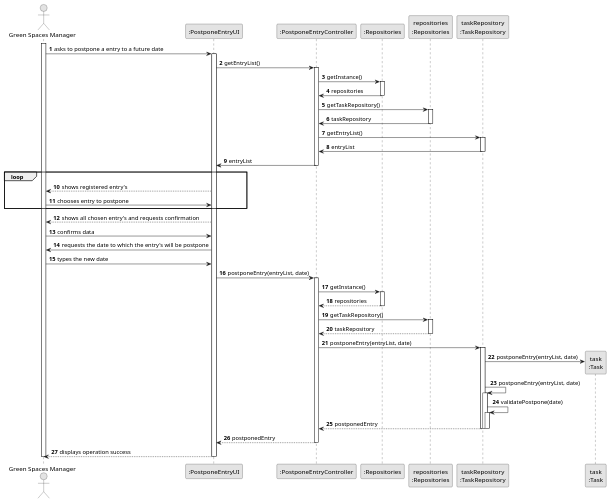
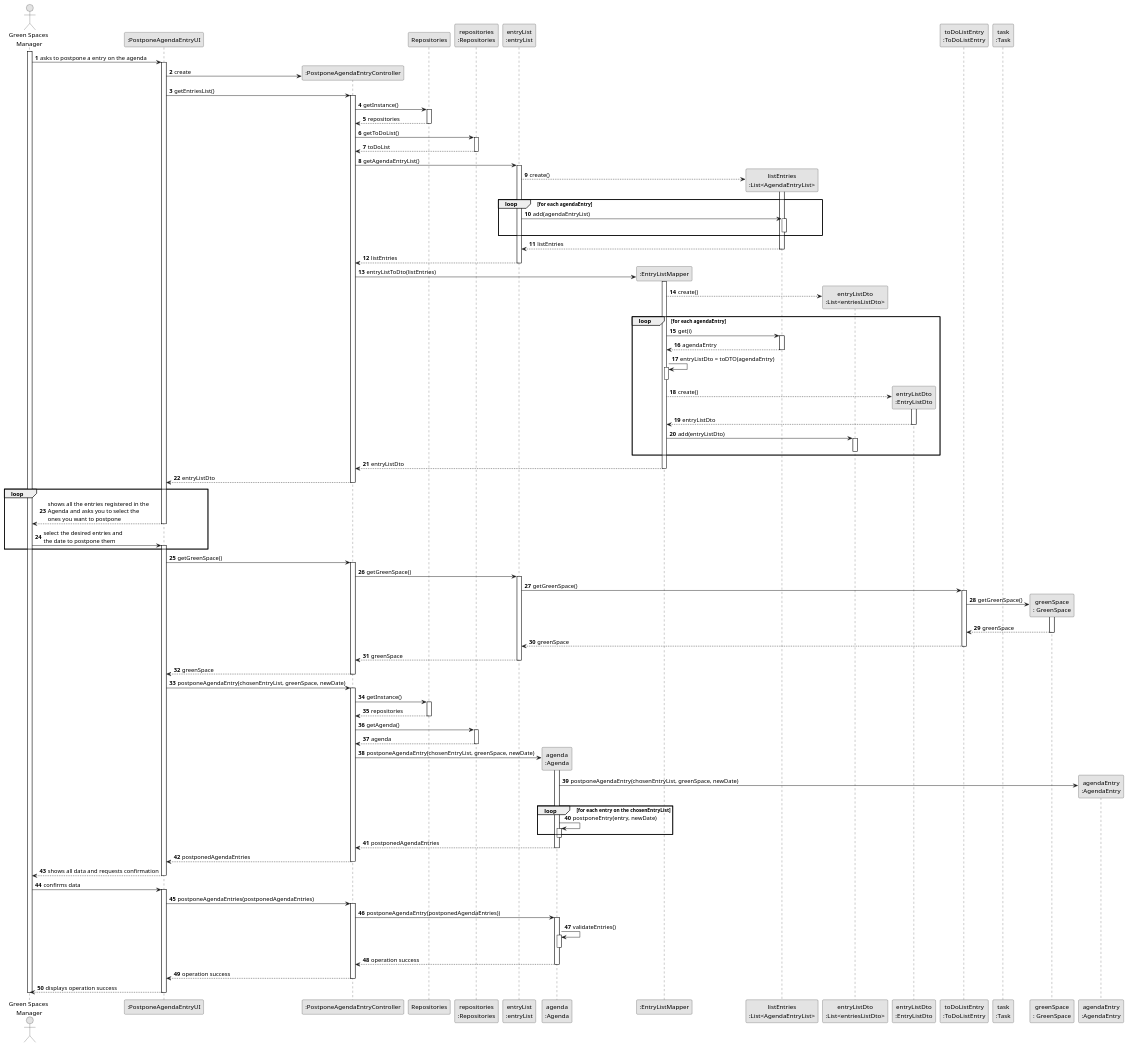
One commit to diogoveirospro/lei-24-s2-1dg-g072 changed the diagram in docs/sprintC/us024/03.design/puml/us024-sequence-diagram-full.puml. Above: the diagram before and after it, drawn with PlantUML.

Commit message:
Design of US24

```diff
--- a/docs/sprintC/us024/03.design/puml/us024-sequence-diagram-full.puml
+++ b/docs/sprintC/us024/03.design/puml/us024-sequence-diagram-full.puml
@@ -1,96 +1,191 @@
 @startuml
 skinparam monochrome true
 skinparam packageStyle rectangle
 skinparam shadowing false
 
 autonumber
 
 'hide footbox
-actor "Green Spaces Manager" as ADM
-participant ":PostponeEntryUI" as UI
-participant ":PostponeEntryController" as CTRL
-participant ":Repositories" as RepositorySingleton
-participant "repositories\n:Repositories" as PLAT
-participant "taskRepository\n:TaskRepository" as taskRepository
+actor "Green Spaces\n Manager" as GSM
+participant ":PostponeAgendaEntryUI" as UI
+participant ":PostponeAgendaEntryController" as CTRL
+participant Repositories
+participant "repositories\n:Repositories" as REP
+participant "entryList\n:entryList" as ENTRYLIST
+participant "agenda\n:Agenda" as AGENDA
+participant ":EntryListMapper" as ENTRYLISTMAPPER
+participant "listEntries\n:List<AgendaEntryList>" as LISTENTRIES
+participant "entryListDto\n:List<entriesListDto>" as TODOLISTDTO
+participant "entryListDto\n:EntryListDto" as ENTRYLISTDTO
+participant "toDoListEntry\n:ToDoListEntry" as TODOLISTENTRY
 participant "task\n:Task" as TASK
+participant "greenSpace\n: GreenSpace" as GREENSPACE
+participant "agendaEntry\n:AgendaEntry" as AGENDAENTRY
 
-activate ADM
+activate GSM
 
-        ADM -> UI : asks to postpone a entry to a future date
+    GSM -> UI : asks to postpone a entry on the agenda
+    activate UI
 
-        activate UI
+        UI -> CTRL** : create
 
-        UI -> CTRL : getEntryList()
-              activate CTRL
+        UI -> CTRL : getEntriesList()
+        activate CTRL
 
-              CTRL -> RepositorySingleton : getInstance()
-              activate RepositorySingleton
+           CTRL -> Repositories: getInstance()
+           activate Repositories
 
-              RepositorySingleton -> CTRL : repositories
-              deactivate RepositorySingleton
-              CTRL -> PLAT : getTaskRepository()
-              activate PLAT
+                Repositories --> CTRL: repositories
+           deactivate Repositories
 
-              PLAT -> CTRL : taskRepository
-              deactivate PLAT
+           CTRL -> REP: getToDoList()
+           activate REP
 
-              CTRL -> taskRepository : getEntryList()
-              activate taskRepository
+                REP --> CTRL: toDoList
+           deactivate REP
 
-              taskRepository -> CTRL : entryList
-              deactivate taskRepository
+            CTRL -> ENTRYLIST : getAgendaEntryList()
+            activate ENTRYLIST
 
-              CTRL -> UI : entryList
-              deactivate CTRL
-            loop
-                UI --> ADM : shows registered entry's
+                    ENTRYLIST --> LISTENTRIES** : create()
+                    activate LISTENTRIES
 
-                ADM -> UI : chooses entry to postpone
-            end
-            UI --> ADM : shows all chosen entry's and requests confirmation
+                        loop for each agendaEntry
+                            ENTRYLIST -> LISTENTRIES : add(agendaEntryList)
+                            activate LISTENTRIES
+                            deactivate LISTENTRIES
+                        end
 
-            ADM -> UI : confirms data
+                        LISTENTRIES --> ENTRYLIST : listEntries
+                    deactivate LISTENTRIES
 
-            UI -> ADM : requests the date to which the entry's will be postpone
 
-            ADM -> UI : types the new date
+                ENTRYLIST --> CTRL : listEntries
+            deactivate ENTRYLIST
 
-            UI -> CTRL : postponeEntry(entryList, date)
-            activate CTRL
+            CTRL -> ENTRYLISTMAPPER** : entryListToDto(listEntries)
+            activate ENTRYLISTMAPPER
 
-                CTRL -> RepositorySingleton : getInstance()
-                activate RepositorySingleton
+                ENTRYLISTMAPPER --> TODOLISTDTO** : create()
 
-                    RepositorySingleton --> CTRL: repositories
-                deactivate RepositorySingleton
+                loop for each agendaEntry
+                    ENTRYLISTMAPPER -> LISTENTRIES : get(i)
+                    activate LISTENTRIES
 
-                CTRL -> PLAT : getTaskRepository()
-                activate PLAT
+                    LISTENTRIES --> ENTRYLISTMAPPER : agendaEntry
+                    deactivate LISTENTRIES
 
-                    PLAT --> CTRL: taskRepository
-                deactivate PLAT
+                    ENTRYLISTMAPPER -> ENTRYLISTMAPPER : entryListDto = toDTO(agendaEntry)
+                    activate ENTRYLISTMAPPER
+                    deactivate ENTRYLISTMAPPER
 
-                CTRL -> taskRepository : postponeEntry(entryList, date)
-                activate taskRepository
+                    ENTRYLISTMAPPER --> ENTRYLISTDTO** : create()
+                    activate ENTRYLISTDTO
 
-                taskRepository -> TASK**: postponeEntry(entryList, date)
-                taskRepository -> taskRepository: postponeEntry(entryList, date)
+                    ENTRYLISTDTO --> ENTRYLISTMAPPER : entryListDto
+                    deactivate ENTRYLISTDTO
 
-                 activate taskRepository
-                     taskRepository -> taskRepository: validatePostpone(date)
-                     activate taskRepository
-                                taskRepository --> CTRL : postponedEntry
-                     deactivate taskRepository
+                    ENTRYLISTMAPPER -> TODOLISTDTO : add(entryListDto)
+                    activate TODOLISTDTO
+                    deactivate TODOLISTDTO
 
-                 deactivate taskRepository
+                end
 
-                            deactivate taskRepository
+                ENTRYLISTMAPPER --> CTRL : entryListDto
+            deactivate ENTRYLISTMAPPER
 
-            CTRL --> UI: postponedEntry
-            deactivate CTRL
-            UI --> ADM: displays operation success
+            CTRL --> UI : entryListDto
+        deactivate CTRL
+        loop
+        UI --> GSM: shows all the entries registered in the \nAgenda and asks you to select the \nones you want to postpone
     deactivate UI
 
-deactivate ADM
+    GSM -> UI: select the desired entries and \nthe date to postpone them
+    activate UI
+        end
+
+        UI -> CTRL : getGreenSpace()
+        activate CTRL
+
+            CTRL -> ENTRYLIST : getGreenSpace()
+            activate ENTRYLIST
+
+                ENTRYLIST -> TODOLISTENTRY : getGreenSpace()
+                activate TODOLISTENTRY
+
+                    TODOLISTENTRY -> GREENSPACE** : getGreenSpace()
+                    activate GREENSPACE
+
+                        GREENSPACE --> TODOLISTENTRY : greenSpace
+                    deactivate GREENSPACE
+
+                    TODOLISTENTRY --> ENTRYLIST : greenSpace
+                deactivate TODOLISTENTRY
+
+                ENTRYLIST --> CTRL : greenSpace
+            deactivate ENTRYLIST
+
+            CTRL --> UI : greenSpace
+        deactivate CTRL
+
+        UI -> CTRL : postponeAgendaEntry(chosenEntryList, greenSpace, newDate)
+        activate CTRL
+
+            CTRL -> Repositories: getInstance()
+            activate Repositories
+
+                Repositories --> CTRL: repositories
+            deactivate Repositories
+
+            CTRL -> REP: getAgenda()
+            activate REP
+
+                REP --> CTRL: agenda
+            deactivate REP
+
+            CTRL -> AGENDA** : postponeAgendaEntry(chosenEntryList, greenSpace, newDate)
+            activate AGENDA
+
+                AGENDA -> AGENDAENTRY** : postponeAgendaEntry(chosenEntryList, greenSpace, newDate)
+                loop for each entry on the chosenEntryList
+                AGENDA -> AGENDA : postponeEntry(entry, newDate)
+                activate AGENDA
+                end
+                deactivate AGENDA
+                deactivate AGENDAENTRY
+
+                AGENDA --> CTRL : postponedAgendaEntries
+                deactivate AGENDA
+
+            CTRL --> UI : postponedAgendaEntries
+            deactivate CTRL
+
+        UI --> GSM: shows all data and requests confirmation
+    deactivate UI
+
+    GSM -> UI: confirms data
+    activate UI
+
+        UI -> CTRL : postponeAgendaEntries(postponedAgendaEntries)
+        activate CTRL
+
+            CTRL -> AGENDA : postponeAgendaEntry(postponedAgendaEntries))
+            activate AGENDA
+
+            AGENDA -> AGENDA : validateEntries()
+            activate AGENDA
+
+            deactivate AGENDA
+
+            AGENDA --> CTRL : operation success
+            deactivate AGENDA
+
+            CTRL --> UI : operation success
+        deactivate CTRL
+
+        UI --> GSM: displays operation success
+    deactivate UI
+
+deactivate GSM
 
 @enduml
```
